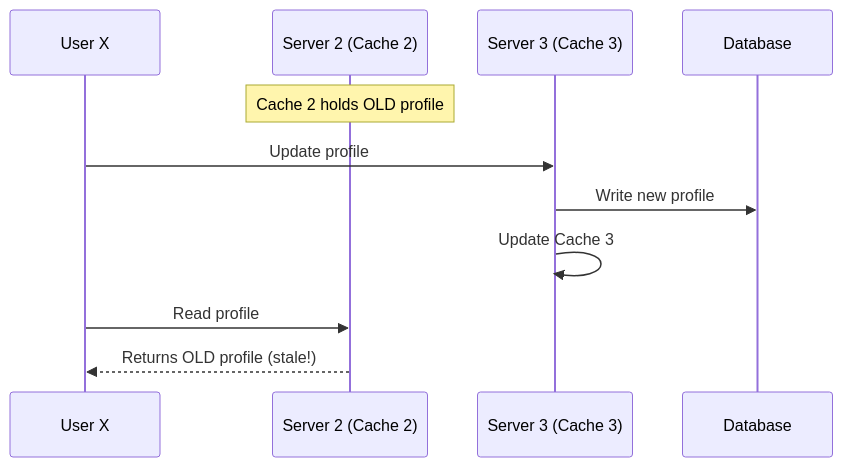
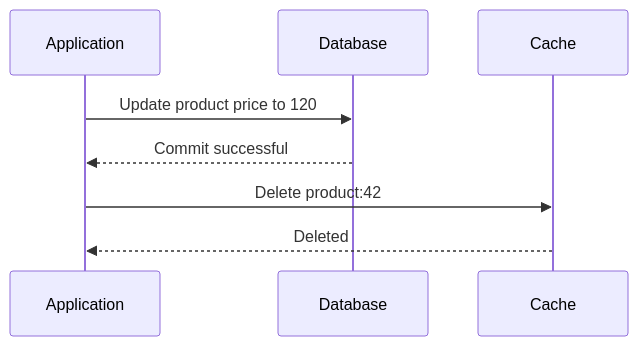
Before and after one commit to HARRISAMIN432/system-design-hld: the ninth of 13 diagrams in 08_caching/README.md, drawn with Mermaid. The commit also changed other lines of this file and 11 other files, not shown here.

````diff
--- a/08_caching/README.md
+++ b/08_caching/README.md
@@ -166,14 +1001,11 @@
 ```mermaid
 sequenceDiagram
-    participant X as User X
-    participant S2 as Server 2 (Cache 2)
-    participant S3 as Server 3 (Cache 3)
+    participant A as Application
     participant D as Database
+    participant K as Cache
 
-    Note over S2: Cache 2 holds OLD profile
-    X->>S3: Update profile
-    S3->>D: Write new profile
-    S3->>S3: Update Cache 3
-    X->>S2: Read profile
-    S2-->>X: Returns OLD profile (stale!)
+    A->>D: Update product price to 120
+    D-->>A: Commit successful
+    A->>K: Delete product:42
+    K-->>A: Deleted
 ```
````
